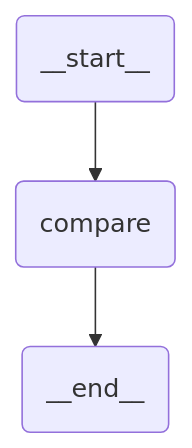
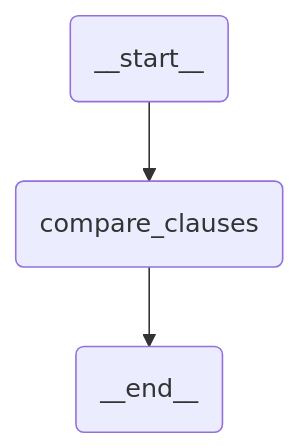
Before and after one commit to kartiksiva/DocumentValidation-Uipath: the diagram in ContractComparisonSolution/comparator/agent.mermaid, drawn with Mermaid. The commit also changed 7 other files, not shown here.

```diff
--- a/ContractComparisonSolution/comparator/agent.mermaid
+++ b/ContractComparisonSolution/comparator/agent.mermaid
@@ -1,8 +1,8 @@
 %% AUTO-GENERATED by `uipath init`. Do not edit manually.
 %% Regenerated on every `uipath init`.
 flowchart TB
   __start__(__start__)
-  compare(compare)
+  compare_clauses(compare_clauses)
   __end__(__end__)
-  __start__ --> compare
-  compare --> __end__
+  __start__ --> compare_clauses
+  compare_clauses --> __end__
```
